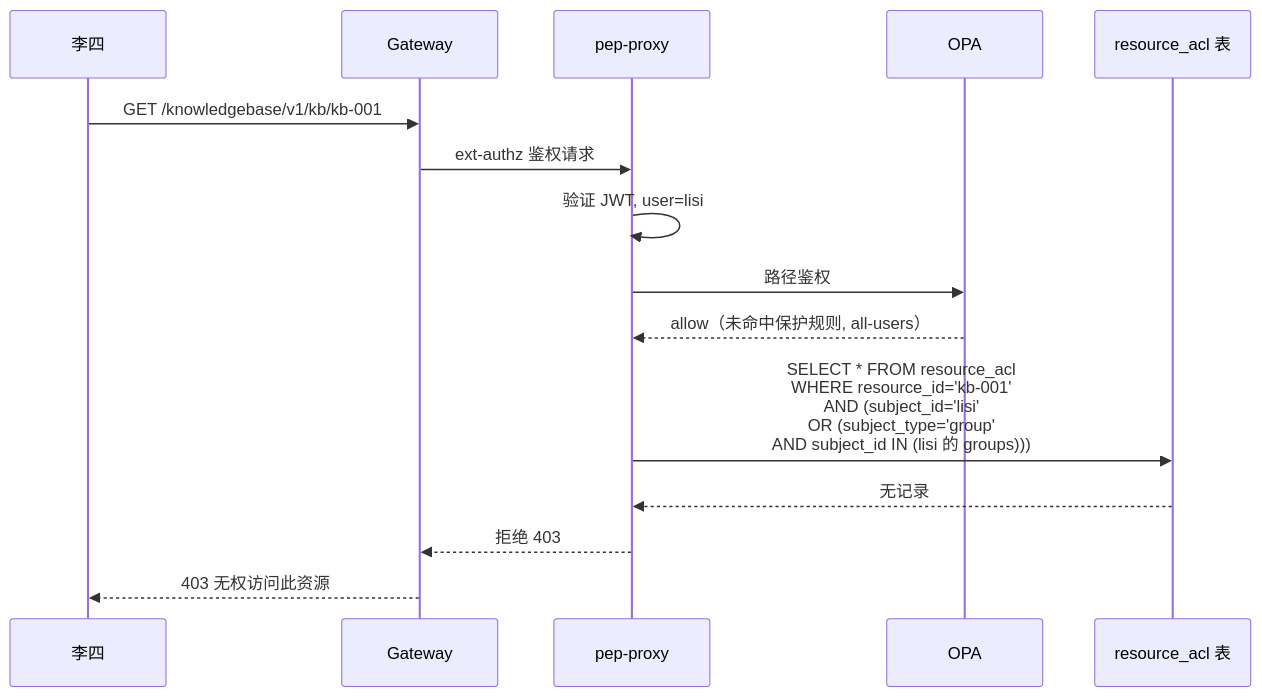
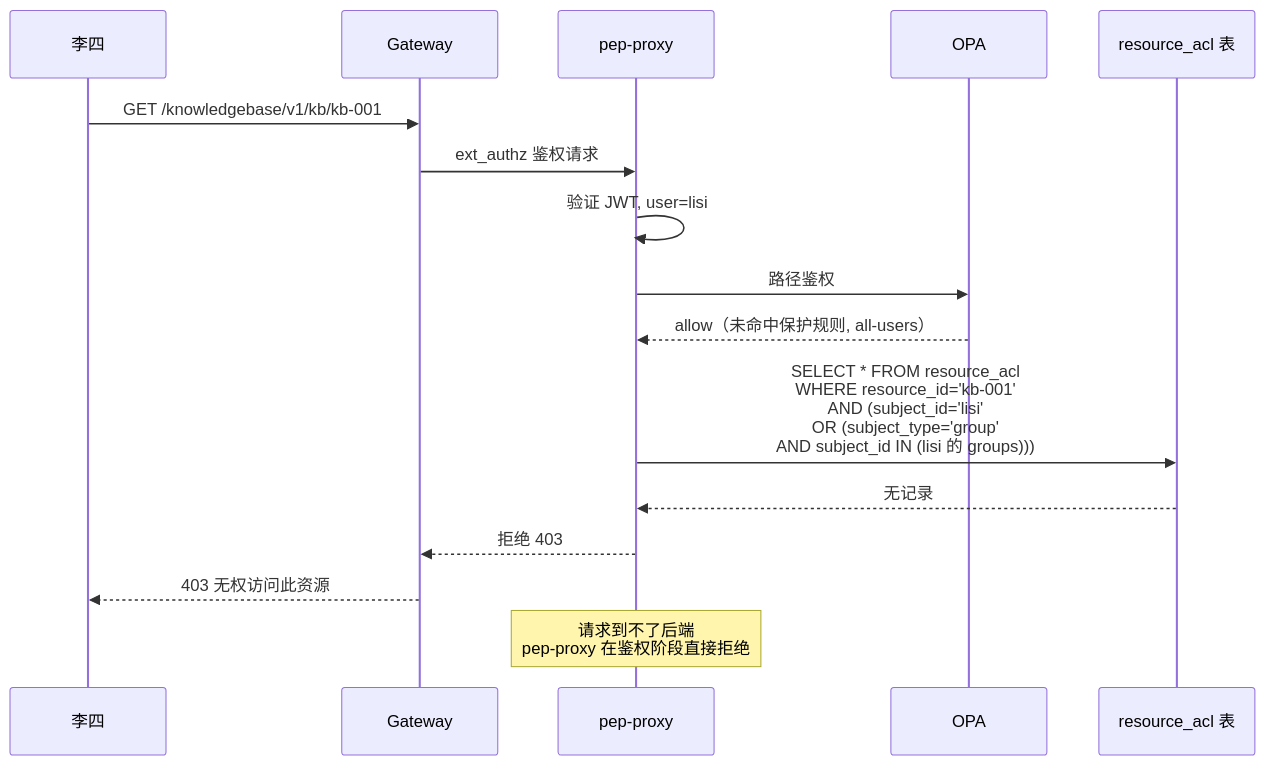
One commit to xiewanchao/aidp-iam changed the tenth of 15 diagrams in diagrams/request-flow.md. Above: the diagram before and after it, drawn with Mermaid. The commit also changed other lines of this file and 5 other files, not shown here.

````diff
--- a/diagrams/request-flow.md
+++ b/diagrams/request-flow.md
@@ -335,20 +378,22 @@
 ```mermaid
 sequenceDiagram
     participant U as 李四
     participant GW as Gateway
     participant PEP as pep-proxy
     participant OPA as OPA
     participant DB as resource_acl 表
 
     U->>GW: GET /knowledgebase/v1/kb/kb-001
-    GW->>PEP: ext-authz 鉴权请求
+    GW->>PEP: ext_authz 鉴权请求
     PEP->>PEP: 验证 JWT, user=lisi
 
     PEP->>OPA: 路径鉴权
     OPA-->>PEP: allow（未命中保护规则, all-users）
 
     PEP->>DB: SELECT * FROM resource_acl<br/>WHERE resource_id='kb-001'<br/>AND (subject_id='lisi'<br/>OR (subject_type='group'<br/>AND subject_id IN (lisi 的 groups)))
     DB-->>PEP: 无记录
     PEP-->>GW: 拒绝 403
     GW-->>U: 403 无权访问此资源
+
+    Note over PEP: 请求到不了后端<br/>pep-proxy 在鉴权阶段直接拒绝
 ```
````
